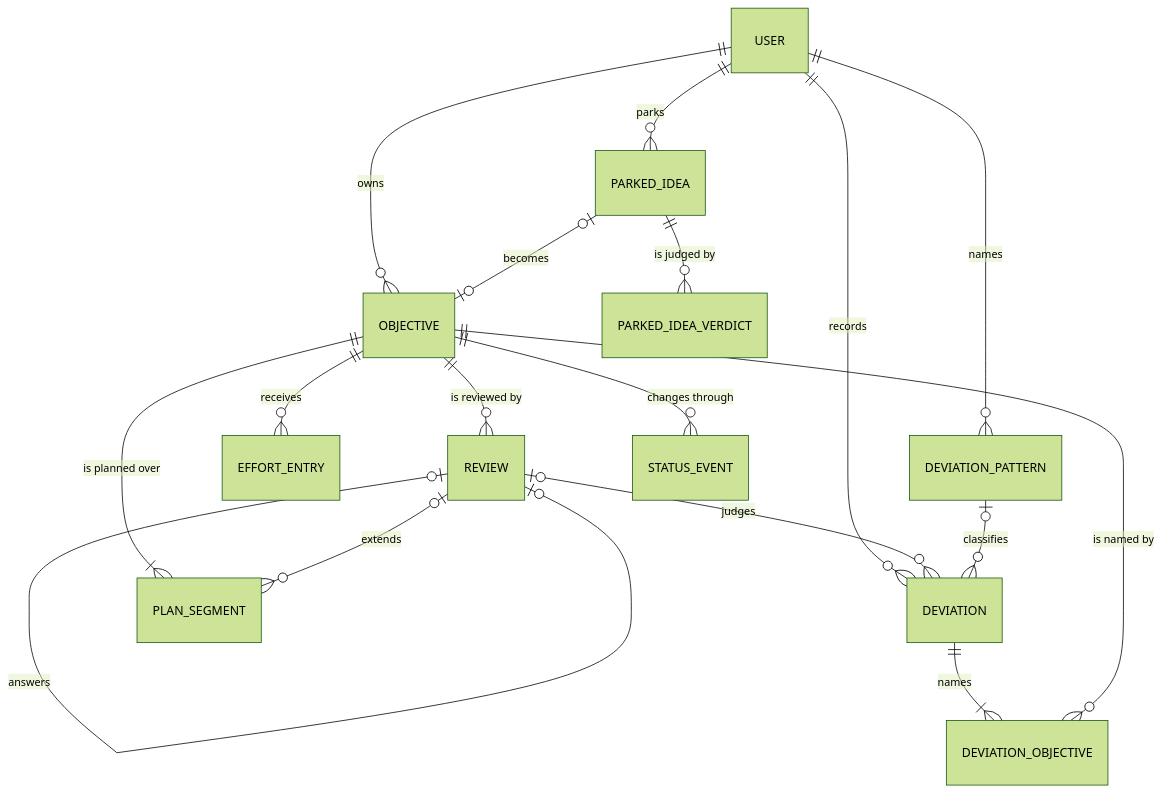
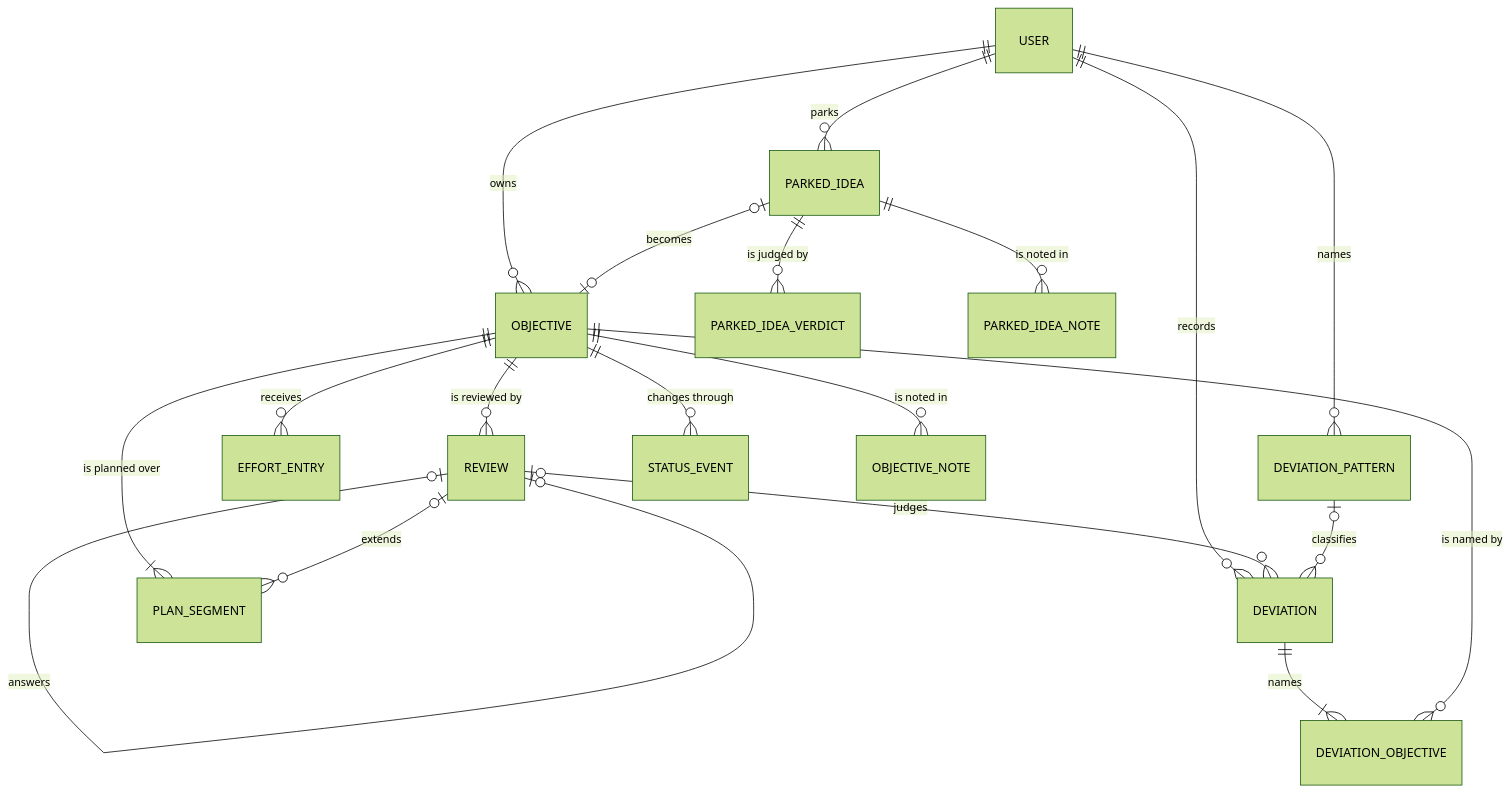
The first of 2 diagrams in docs/erd.md (rohit12242/keel), drawn with Mermaid (forest theme) before and after one commit. The commit also changed other lines of this file and 100 other files, not shown here.

````diff
--- a/docs/erd.md
+++ b/docs/erd.md
@@ -67,19 +90,21 @@
 ```mermaid
 erDiagram
     USER ||--o{ OBJECTIVE : owns
     USER ||--o{ DEVIATION : records
     DEVIATION ||--|{ DEVIATION_OBJECTIVE : names
     OBJECTIVE ||--o{ DEVIATION_OBJECTIVE : "is named by"
     USER ||--o{ PARKED_IDEA : parks
     USER ||--o{ DEVIATION_PATTERN : names
     OBJECTIVE ||--|{ PLAN_SEGMENT : "is planned over"
     OBJECTIVE ||--o{ EFFORT_ENTRY : receives
     OBJECTIVE ||--o{ REVIEW : "is reviewed by"
     OBJECTIVE ||--o{ STATUS_EVENT : "changes through"
+    OBJECTIVE ||--o{ OBJECTIVE_NOTE : "is noted in"
     REVIEW |o--o{ PLAN_SEGMENT : extends
     REVIEW |o--o{ DEVIATION : judges
     REVIEW |o--o| REVIEW : answers
     DEVIATION_PATTERN |o--o{ DEVIATION : classifies
     PARKED_IDEA ||--o{ PARKED_IDEA_VERDICT : "is judged by"
+    PARKED_IDEA ||--o{ PARKED_IDEA_NOTE : "is noted in"
     PARKED_IDEA |o--o| OBJECTIVE : becomes
 ```
````
